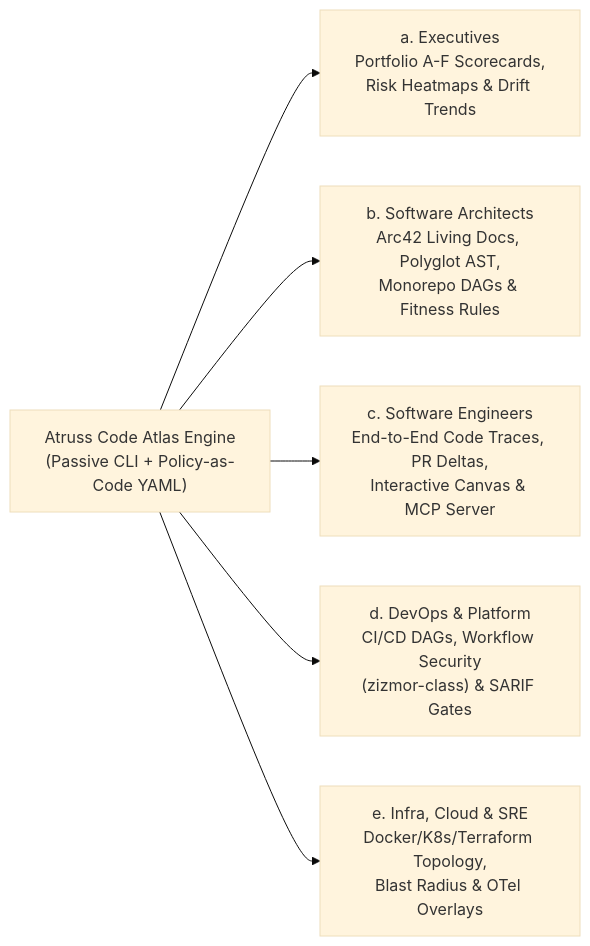
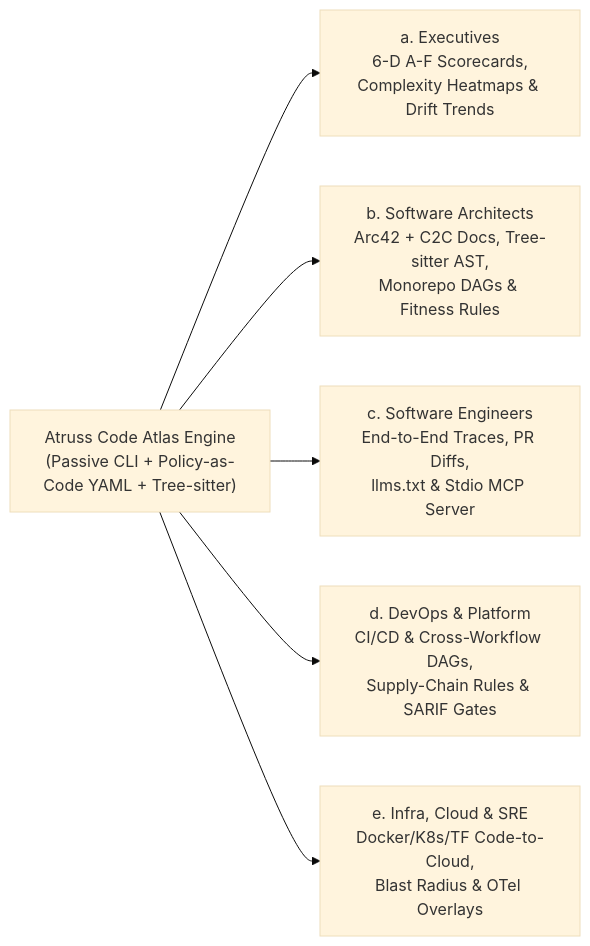
The diagram in README.md (kumarshaz/atruss-code-atlas), drawn with Mermaid (base theme) before and after one commit. The commit also changed other lines of this file and 108 other files, not shown here.

Commit message:
feat(horizon2): implement unified code atlas suite (FR-021..FR-030), swarm workflow, UI dashboards, and live exports

````diff
--- a/README.md
+++ b/README.md
@@ -32,10 +32,10 @@
 ```mermaid
 flowchart LR
-    Engine["Atruss Code Atlas Engine<br/>(Passive CLI + Policy-as-Code YAML)"]
+    Engine["Atruss Code Atlas Engine<br/>(Passive CLI + Policy-as-Code YAML + Tree-sitter)"]
     
-    Engine --> Exec["a. Executives<br/>Portfolio A-F Scorecards,<br/>Risk Heatmaps & Drift Trends"]
-    Engine --> Arch["b. Software Architects<br/>Arc42 Living Docs, Polyglot AST,<br/>Monorepo DAGs & Fitness Rules"]
-    Engine --> SWE["c. Software Engineers<br/>End-to-End Code Traces, PR Deltas,<br/>Interactive Canvas & MCP Server"]
-    Engine --> DevOps["d. DevOps & Platform<br/>CI/CD DAGs, Workflow Security<br/>(zizmor-class) & SARIF Gates"]
-    Engine --> Infra["e. Infra, Cloud & SRE<br/>Docker/K8s/Terraform Topology,<br/>Blast Radius & OTel Overlays"]
+    Engine --> Exec["a. Executives<br/>6-D A-F Scorecards,<br/>Complexity Heatmaps & Drift Trends"]
+    Engine --> Arch["b. Software Architects<br/>Arc42 + C2C Docs, Tree-sitter AST,<br/>Monorepo DAGs & Fitness Rules"]
+    Engine --> SWE["c. Software Engineers<br/>End-to-End Traces, PR Diffs,<br/>llms.txt & Stdio MCP Server"]
+    Engine --> DevOps["d. DevOps & Platform<br/>CI/CD & Cross-Workflow DAGs,<br/>Supply-Chain Rules & SARIF Gates"]
+    Engine --> Infra["e. Infra, Cloud & SRE<br/>Docker/K8s/TF Code-to-Cloud,<br/>Blast Radius & OTel Overlays"]
 ```
````
